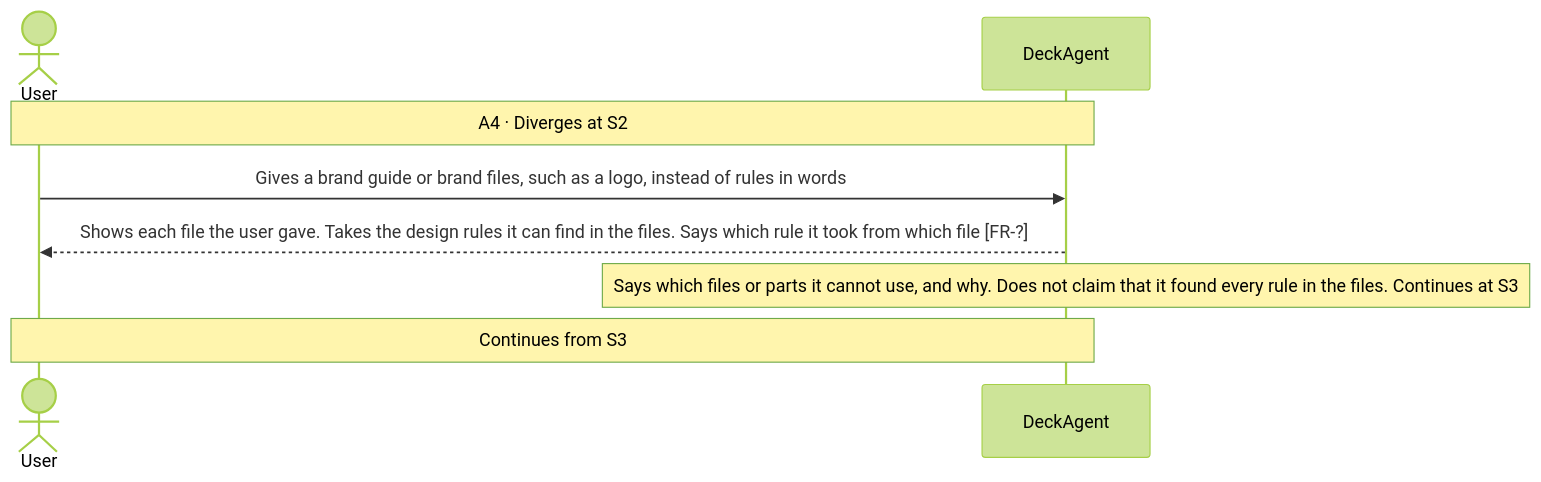
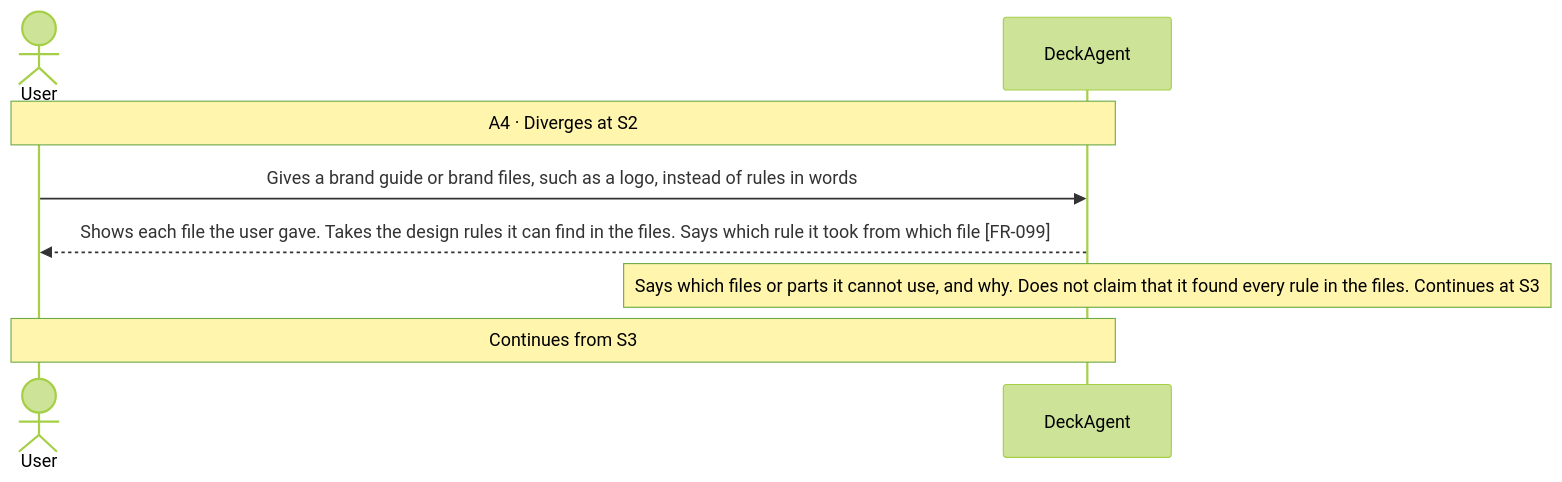
Before and after one commit to Luke23127006/DeckAgent: the fifth of 8 diagrams in docs/spec/03-use-cases/UC-010.md, drawn with Mermaid (forest theme). The commit also changed other lines of this file and 31 other files, not shown here.

````diff
--- a/docs/spec/03-use-cases/UC-010.md
+++ b/docs/spec/03-use-cases/UC-010.md
@@ -100,10 +101,10 @@
 ```mermaid
 sequenceDiagram
     actor User
     participant DeckAgent
     Note over User,DeckAgent: A4 · Diverges at S2
     User->>DeckAgent: Gives a brand guide or brand files, such as a logo, instead of rules in words
-    DeckAgent-->>User: Shows each file the user gave. Takes the design rules it can find in the files. Says which rule it took from which file [FR-?]
+    DeckAgent-->>User: Shows each file the user gave. Takes the design rules it can find in the files. Says which rule it took from which file [FR-099]
     note over DeckAgent: Says which files or parts it cannot use, and why. Does not claim that it found every rule in the files. Continues at S3
     Note over User,DeckAgent: Continues from S3
 ```
````
